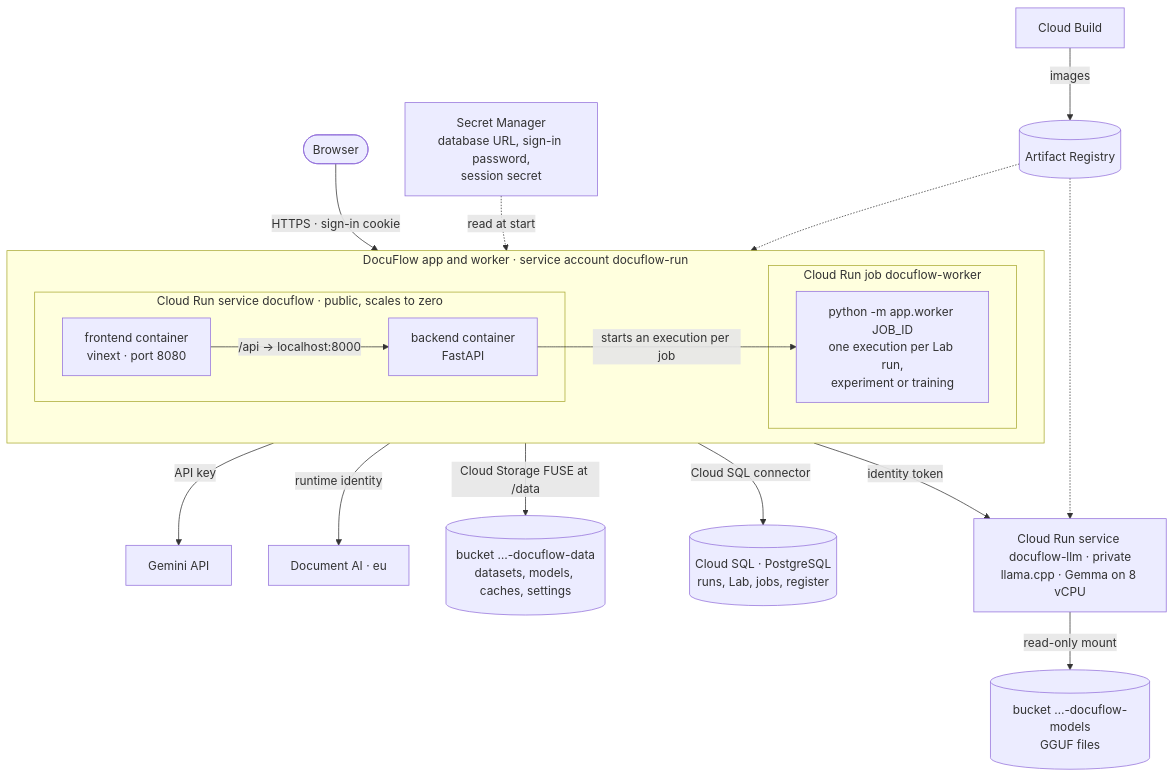
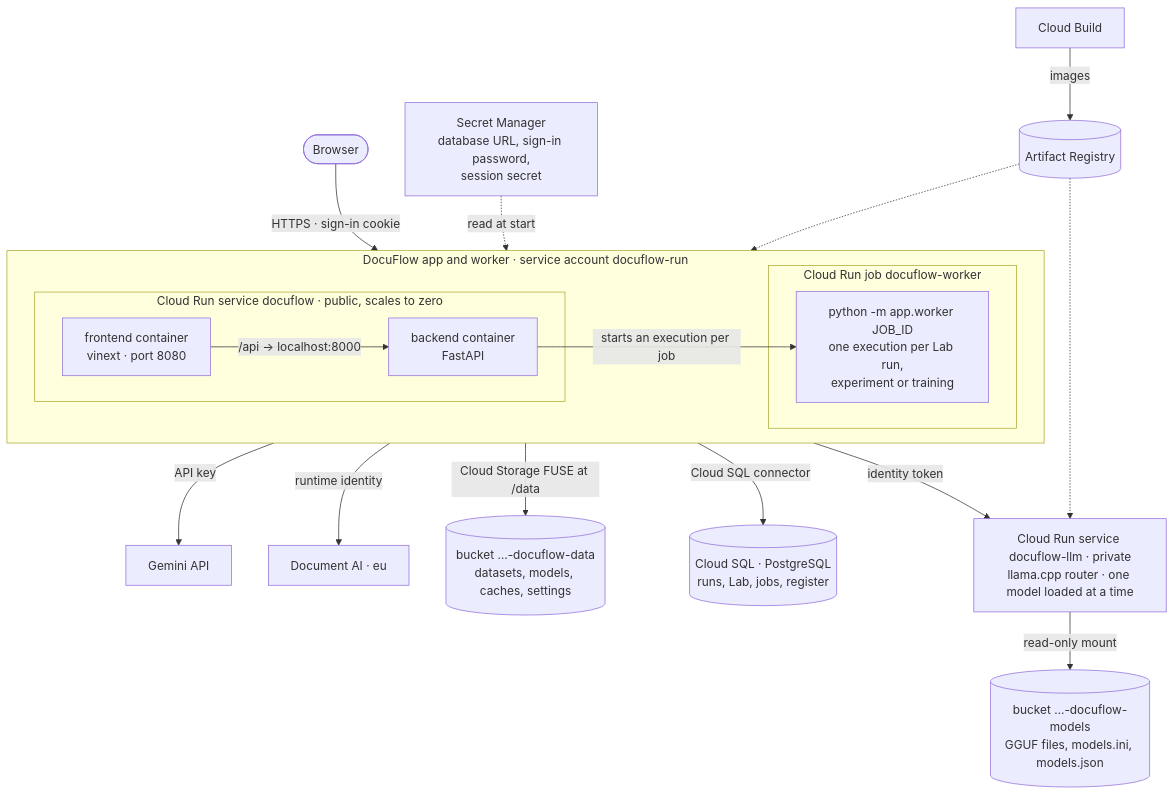
The diagram in docs/deployment.md (ErPokerino/document-agent), drawn with Mermaid before and after one commit. The commit also changed other lines of this file and 5 other files, not shown here.

Commit message:
Document the model server that loads models on demand, with the deployment drawn as a picture

````diff
--- a/docs/deployment.md
+++ b/docs/deployment.md
@@ -82,26 +88,26 @@
 ```mermaid
 flowchart TB
     user([Browser]) -->|"HTTPS · sign-in cookie"| fe
 
     subgraph code["DocuFlow app and worker · service account docuflow-run"]
         direction LR
         subgraph app["Cloud Run service docuflow · public, scales to zero"]
             fe["frontend container<br/>vinext · port 8080"] -->|"/api → localhost:8000"| be["backend container<br/>FastAPI"]
         end
         subgraph worker["Cloud Run job docuflow-worker"]
             wk["python -m app.worker JOB_ID<br/>one execution per Lab run,<br/>experiment or training"]
         end
         be -->|"starts an execution per job"| wk
     end
 
-    code -->|"identity token"| llm["Cloud Run service docuflow-llm · private<br/>llama.cpp · Gemma on 8 vCPU"]
-    llm -->|"read-only mount"| models[("bucket …-docuflow-models<br/>GGUF files")]
+    code -->|"identity token"| llm["Cloud Run service docuflow-llm · private<br/>llama.cpp router · one model loaded at a time"]
+    llm -->|"read-only mount"| models[("bucket …-docuflow-models<br/>GGUF files, models.ini, models.json")]
     code -->|"Cloud SQL connector"| sql[("Cloud SQL · PostgreSQL<br/>runs, Lab, jobs, register")]
     code -->|"Cloud Storage FUSE at /data"| data[("bucket …-docuflow-data<br/>datasets, models, caches, settings")]
     code -->|"runtime identity"| docai["Document AI · eu"]
     code -->|"API key"| gemini["Gemini API"]
     sm["Secret Manager<br/>database URL, sign-in password,<br/>session secret"] -.->|"read at start"| code
     cb["Cloud Build"] -->|"images"| ar[("Artifact Registry")]
     ar -.-> code
     ar -.-> llm
 ```
````
